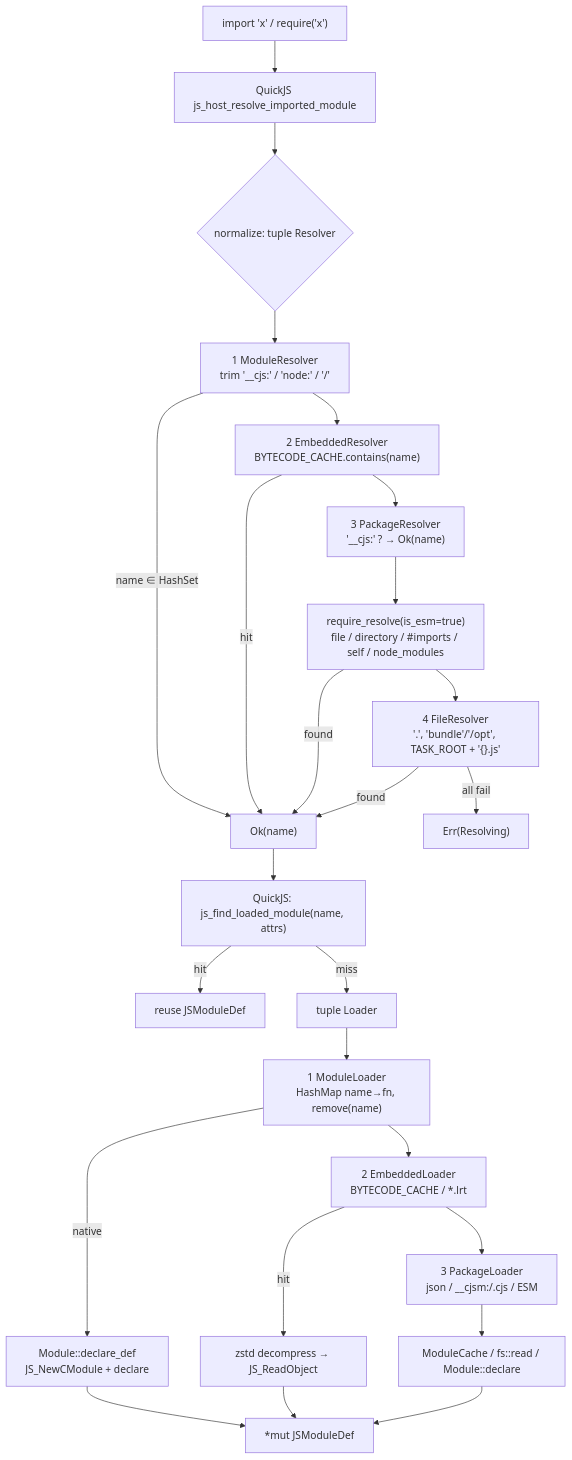
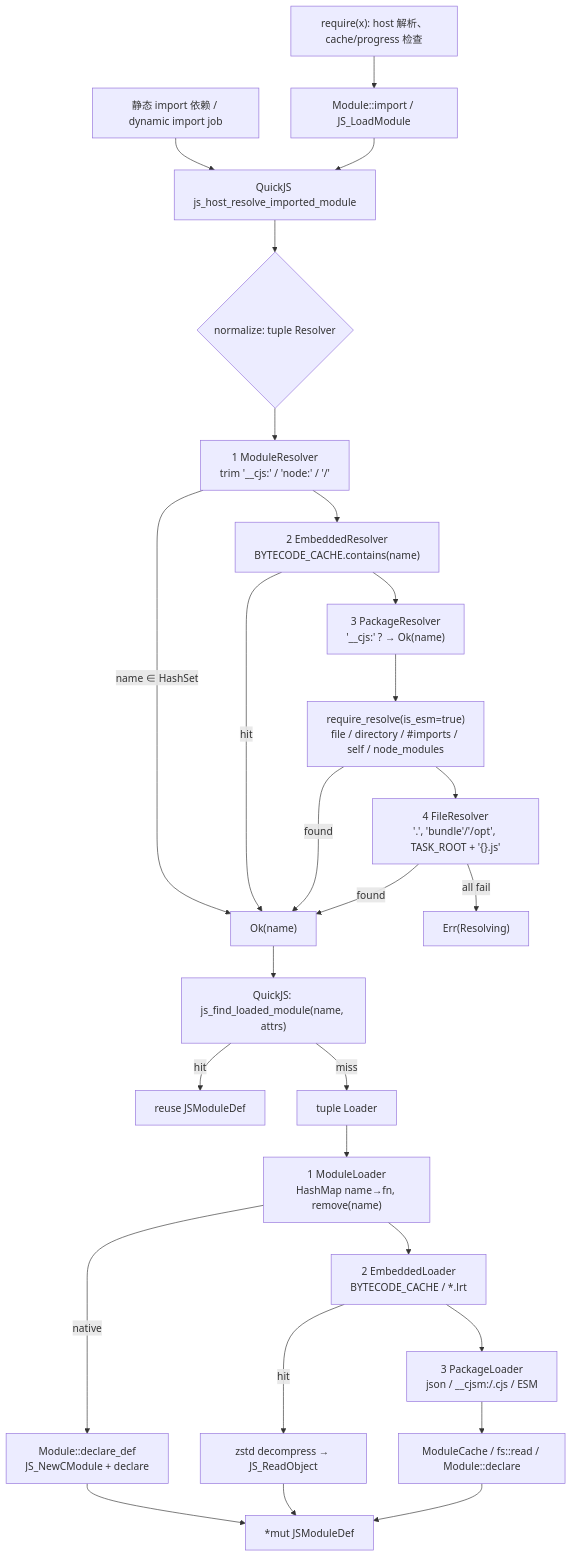
Before and after one commit to rsvim-dev/rfc: the ninth of 16 diagrams in Investigation/JS_RUNTIME_MODULES.md, drawn with Mermaid. The commit also changed other lines of this file, not shown here.

````diff
--- a/Investigation/JS_RUNTIME_MODULES.md
+++ b/Investigation/JS_RUNTIME_MODULES.md
@@ -1150,28 +1347,30 @@
 ```mermaid
 flowchart TD
-  A["import 'x' / require('x')"] --> B["QuickJS js_host_resolve_imported_module"]
+  A["静态 import 依赖 / dynamic import job"] --> B["QuickJS js_host_resolve_imported_module"]
+  REQ["require(x): host 解析、cache/progress 检查"] --> RI["Module::import / JS_LoadModule"]
+  RI --> B
   B --> C{"normalize: tuple Resolver"}
   C --> D["1 ModuleResolver<br/>trim '__cjs:' / 'node:' / '/'"]
   D -->|"name ∈ HashSet"| OK["Ok(name)"]
   D --> E["2 EmbeddedResolver<br/>BYTECODE_CACHE.contains(name)"]
   E -->|"hit"| OK
   E --> F["3 PackageResolver<br/>'__cjs:' ? → Ok(name)"]
   F --> G["require_resolve(is_esm=true)<br/>file / directory / #imports / self / node_modules"]
   G -->|"found"| OK
   G --> H["4 FileResolver<br/>'.', 'bundle'/'/opt', TASK_ROOT + '{}.js'"]
   H -->|"found"| OK
   H -->|"all fail"| ERR["Err(Resolving)"]
 
   OK --> L["QuickJS: js_find_loaded_module(name, attrs)"]
   L -->|"hit"| REUSE["reuse JSModuleDef"]
   L -->|"miss"| M["tuple Loader"]
   M --> N["1 ModuleLoader<br/>HashMap name→fn, remove(name)"]
   N -->|"native"| N1["Module::declare_def<br/>JS_NewCModule + declare"]
   N --> O["2 EmbeddedLoader<br/>BYTECODE_CACHE / *.lrt"]
   O -->|"hit"| O1["zstd decompress → JS_ReadObject"]
   O --> P["3 PackageLoader<br/>json / __cjsm:/.cjs / ESM"]
   P --> P1["ModuleCache / fs::read / Module::declare"]
   N1 --> Q["*mut JSModuleDef"]
   O1 --> Q
   P1 --> Q
 ```
````
